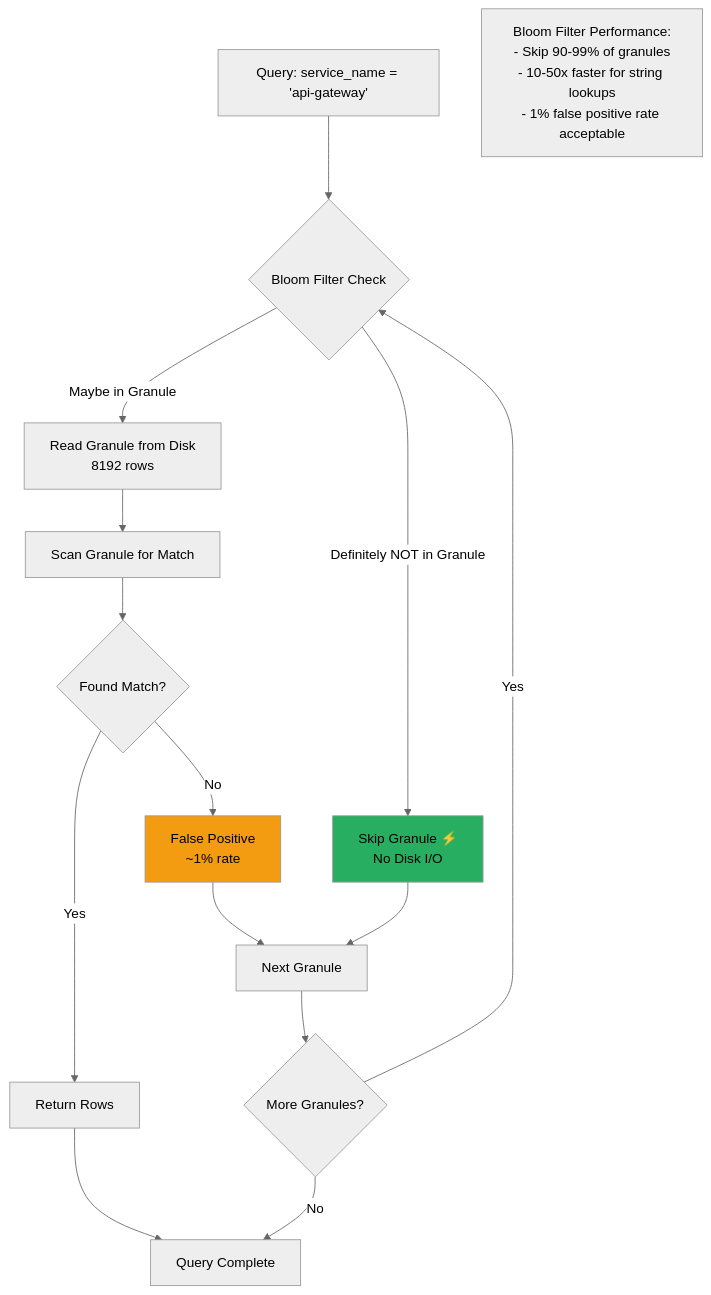
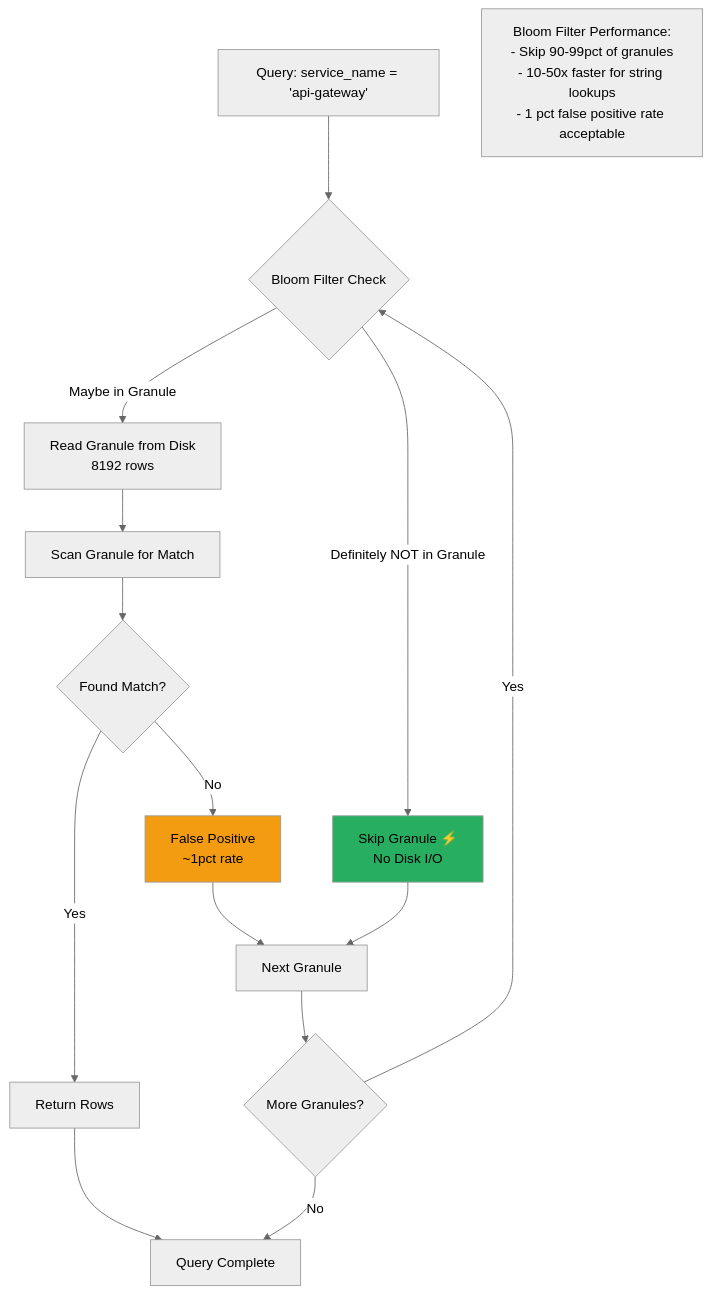
Diagram 20 of 54 in architecture/05-PERFORMANCE.md (telemetryflow/telemetryflow-overview), drawn with Mermaid (neutral theme) before and after one commit. The commit also changed other lines of this file and 68 other files, not shown here.

````diff
--- a/architecture/05-PERFORMANCE.md
+++ b/architecture/05-PERFORMANCE.md
@@ -792,26 +798,26 @@
 ```mermaid
 flowchart TD
     A[Query: service_name = 'api-gateway'] --> B{Bloom Filter Check}
 
     B -->|Maybe in Granule| C[Read Granule from Disk<br/>8192 rows]
     B -->|Definitely NOT in Granule| D[Skip Granule ⚡<br/>No Disk I/O]
 
     C --> E[Scan Granule for Match]
     E --> F{Found Match?}
     F -->|Yes| G[Return Rows]
-    F -->|No| H[False Positive<br/>~1% rate]
+    F -->|No| H[False Positive<br/>~1pct rate]
 
     D --> I[Next Granule]
     H --> I
 
     I --> J{More Granules?}
     J -->|Yes| B
     J -->|No| K[Query Complete]
 
     G --> K
 
     style D fill:#27ae60
     style H fill:#f39c12
 
-    Note[Bloom Filter Performance:<br/>- Skip 90-99% of granules<br/>- 10-50x faster for string lookups<br/>- 1% false positive rate acceptable]
+    Note[Bloom Filter Performance:<br/>- Skip 90-99pct of granules<br/>- 10-50x faster for string lookups<br/>- 1 pct false positive rate acceptable]
 ```
````
